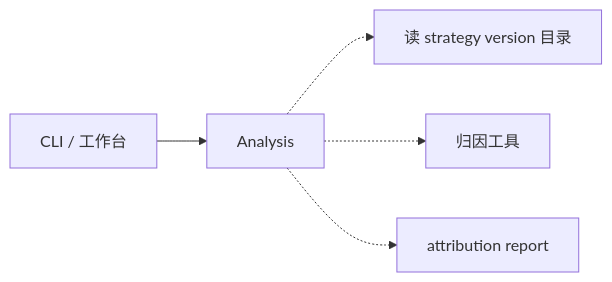
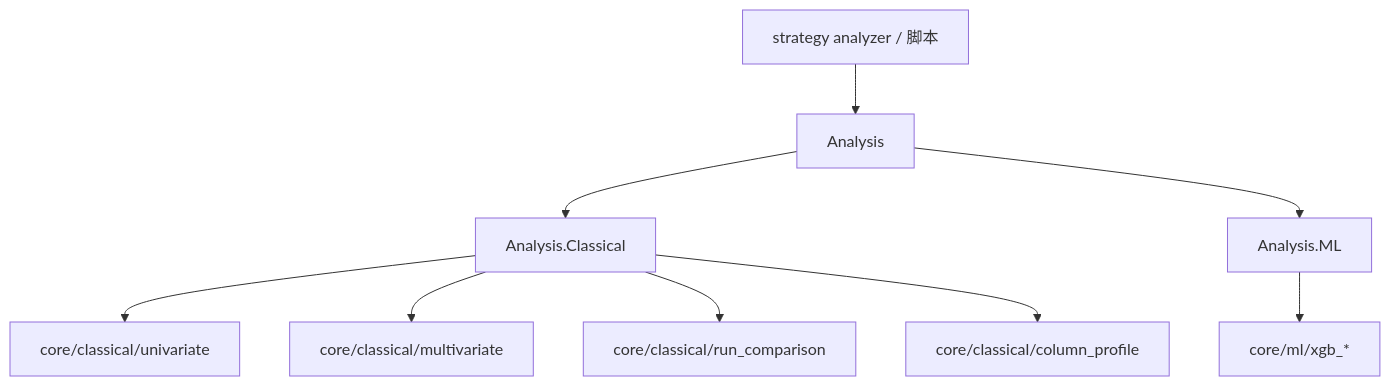
One commit to garnet1985/new-tea-quant changed the diagram in core/modules/analysis/docs/ARCHITECTURE.md. Above: the diagram before and after it, drawn with Mermaid. The commit also changed other lines of this file and 338 other files, not shown here.

````diff
--- a/core/modules/analysis/docs/ARCHITECTURE.md
+++ b/core/modules/analysis/docs/ARCHITECTURE.md
@@ -48,7 +28,11 @@
 ```mermaid
-flowchart LR
-  Caller[CLI / 工作台] --> Analysis
-  Analysis -.-> Read[读 strategy version 目录]
-  Analysis -.-> Tools[归因工具]
-  Analysis -.-> Report[attribution report]
+flowchart TB
+  Caller[strategy analyzer / 脚本] --> Analysis
+  Analysis --> Classical[Analysis.Classical]
+  Analysis --> ML[Analysis.ML]
+  Classical --> Uni[core/classical/univariate]
+  Classical --> Multi[core/classical/multivariate]
+  Classical --> Cmp[core/classical/run_comparison]
+  Classical --> Prof[core/classical/column_profile]
+  ML --> XGB[core/ml/xgb_*]
 ```
````
